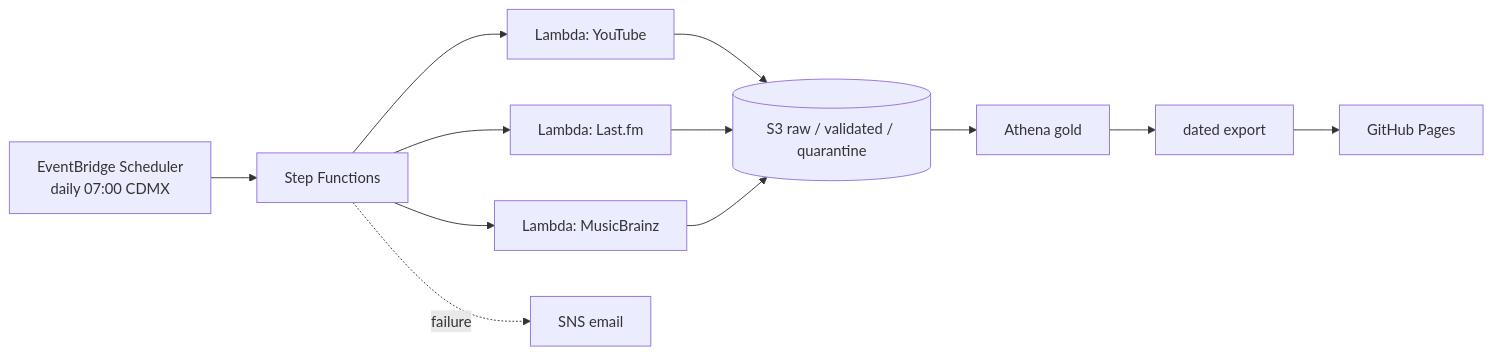
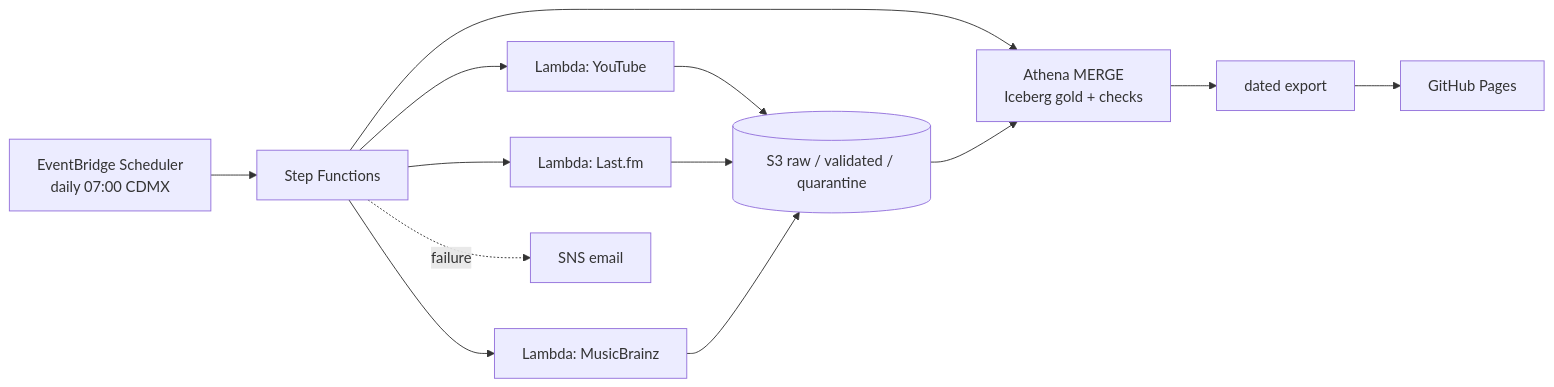
The diagram in README.md (dataengileb/kpop-comeback-thermometer), drawn with Mermaid before and after one commit. The commit also changed other lines of this file and 4 other files, not shown here.

First line of the commit message:
Add phase 2: gold Iceberg tables in Athena

````diff
--- a/README.md
+++ b/README.md
@@ -11,8 +11,9 @@
 ```mermaid
 flowchart LR
   S[EventBridge Scheduler<br/>daily 07:00 CDMX] --> SF[Step Functions]
   SF --> Y[Lambda: YouTube] & L[Lambda: Last.fm] & M[Lambda: MusicBrainz]
   Y & L & M --> B[(S3 raw / validated / quarantine)]
-  B --> A[Athena gold] --> E[dated export] --> P[GitHub Pages]
+  SF --> A[Athena MERGE<br/>Iceberg gold + checks]
+  B --> A --> E[dated export] --> P[GitHub Pages]
   SF -. failure .-> N[SNS email]
 ```
````
